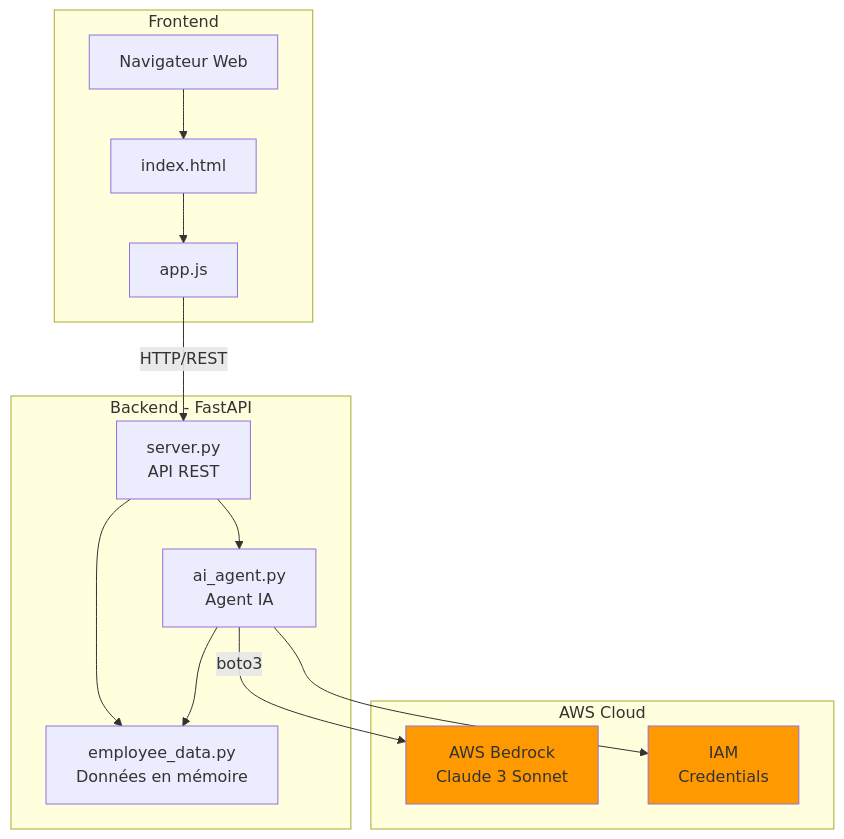
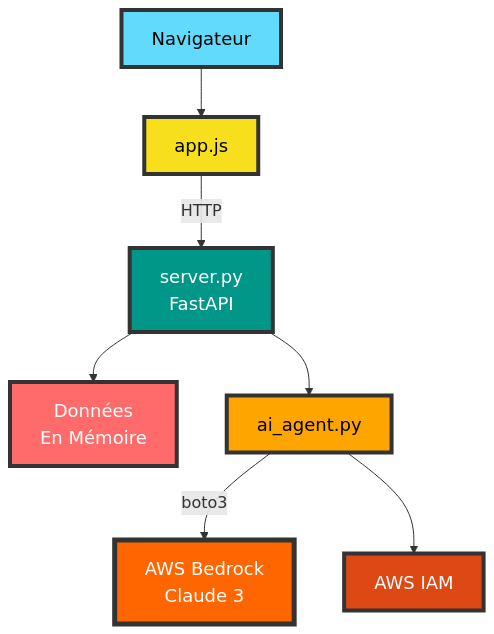
One commit to inskillflow/awsbedrock-demo-1-inmemory changed the fourth of 15 diagrams in documentation/00-ARCHITECTURE.md. Above: the diagram before and after it, drawn with Mermaid. The commit also changed other lines of this file, not shown here.

First line of the commit message:
docs: amélioration de la visibilité des diagrammes d'architecture

````diff
--- a/documentation/00-ARCHITECTURE.md
+++ b/documentation/00-ARCHITECTURE.md
@@ -89,35 +130,28 @@
 ```mermaid
 graph TB
-    subgraph "Frontend"
-        Browser[Navigateur Web]
-        HTML[index.html]
-        JS[app.js]
-    end
+    Browser[Navigateur]
+    JS[app.js]
     
-    subgraph "Backend - FastAPI"
-        API[server.py<br/>API REST]
-        Data[employee_data.py<br/>Données en mémoire]
-        AI[ai_agent.py<br/>Agent IA]
-    end
+    API[server.py<br/>FastAPI]
+    Data[Données<br/>En Mémoire]
+    AI[ai_agent.py]
     
-    subgraph "AWS Cloud"
-        Bedrock[AWS Bedrock<br/>Claude 3 Sonnet]
-        IAM[IAM<br/>Credentials]
-    end
+    Bedrock[AWS Bedrock<br/>Claude 3]
+    IAM[AWS IAM]
     
-    Browser --> HTML
-    HTML --> JS
-    JS -->|HTTP/REST| API
+    Browser --> JS
+    JS -->|HTTP| API
     
     API --> Data
     API --> AI
-    AI --> Data
     AI -->|boto3| Bedrock
     AI --> IAM
     
-    style Bedrock fill:#ff9900
-    style IAM fill:#ff9900
-    
-    classDef new fill:#90EE90
-    class Bedrock,IAM new
+    style Browser fill:#61DAFB,stroke:#333,stroke-width:4px,color:#000,font-size:18px
+    style JS fill:#F7DF1E,stroke:#333,stroke-width:4px,color:#000,font-size:18px
+    style API fill:#009688,stroke:#333,stroke-width:4px,color:#fff,font-size:18px
+    style Data fill:#FF6B6B,stroke:#333,stroke-width:4px,color:#fff,font-size:18px
+    style AI fill:#FFA500,stroke:#333,stroke-width:4px,color:#000,font-size:18px
+    style Bedrock fill:#FF6600,stroke:#333,stroke-width:5px,color:#fff,font-size:18px
+    style IAM fill:#DD4814,stroke:#333,stroke-width:4px,color:#fff,font-size:18px
 ```
````
